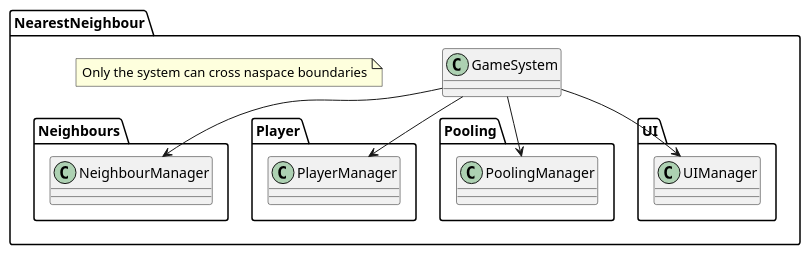
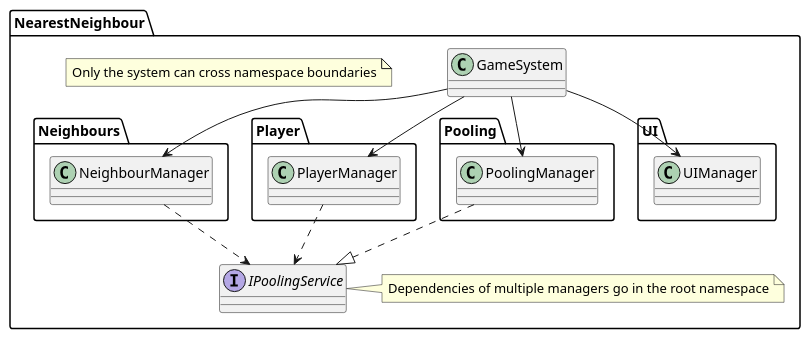
The diagram in Assets/_Project/Docs/System Boundaries.puml (GiovanniZambiasi/find-nearest-neighbour), drawn with PlantUML before and after one commit.

Commit message:
Update system boundary uml

```diff
--- a/Assets/_Project/Docs/System Boundaries.puml
+++ b/Assets/_Project/Docs/System Boundaries.puml
@@ -1,38 +1,47 @@
 @startuml
 
 
 package NearestNeighbour
 {
 
 class GameSystem
 
 package Neighbours
 {
 class NeighbourManager
 }
 
 package Player
 {
 class PlayerManager
 }
 
 package Pooling
 {
 class PoolingManager
 }
 
 package UI
 {
 class UIManager
 }
 
 GameSystem --> NeighbourManager
 GameSystem --> PlayerManager
 GameSystem --> PoolingManager
 GameSystem --> UIManager
 
-note "Only the system can cross naspace boundaries" as System
+note "Only the system can cross namespace boundaries" as System
 
+interface IPoolingService
+
+PoolingManager ..|> IPoolingService
+NeighbourManager ..> IPoolingService
+PlayerManager ..> IPoolingService
+
+note "Dependencies of multiple managers go in the root namespace" as Service
+
+IPoolingService . Service
 }
 
 @enduml
```
